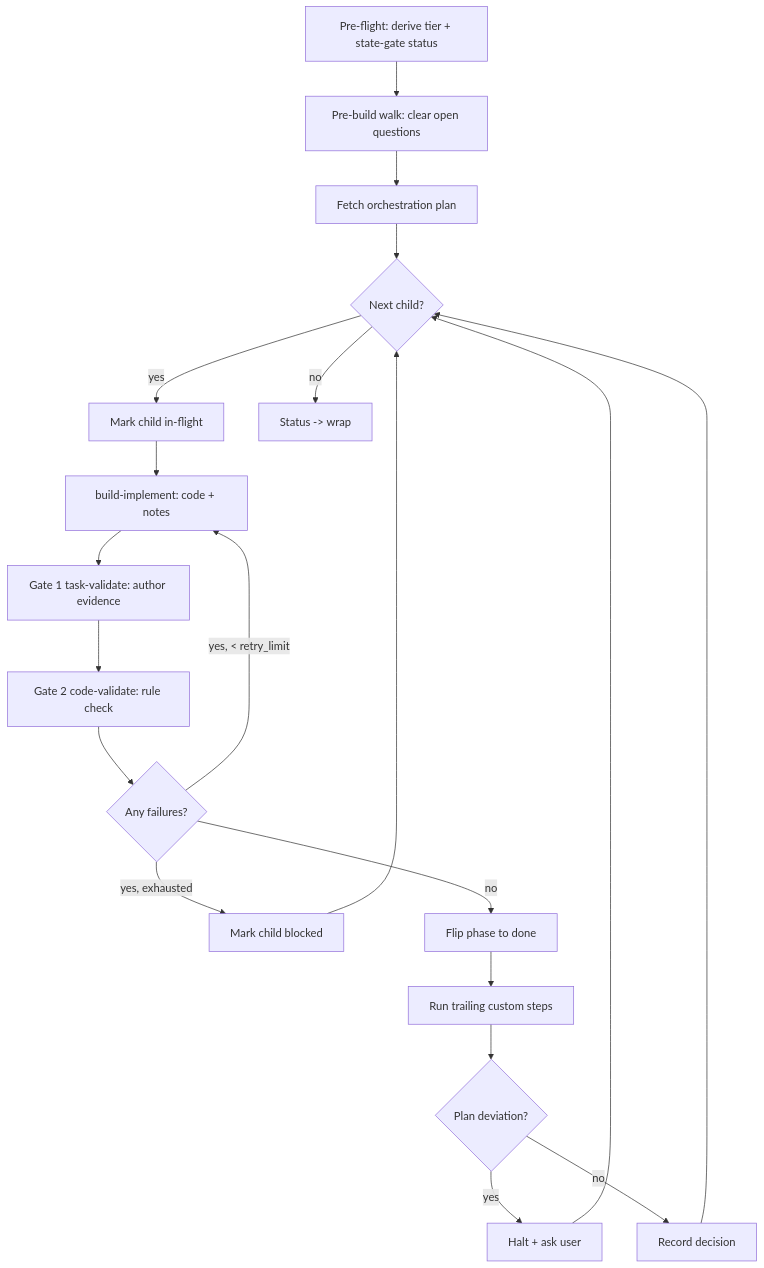
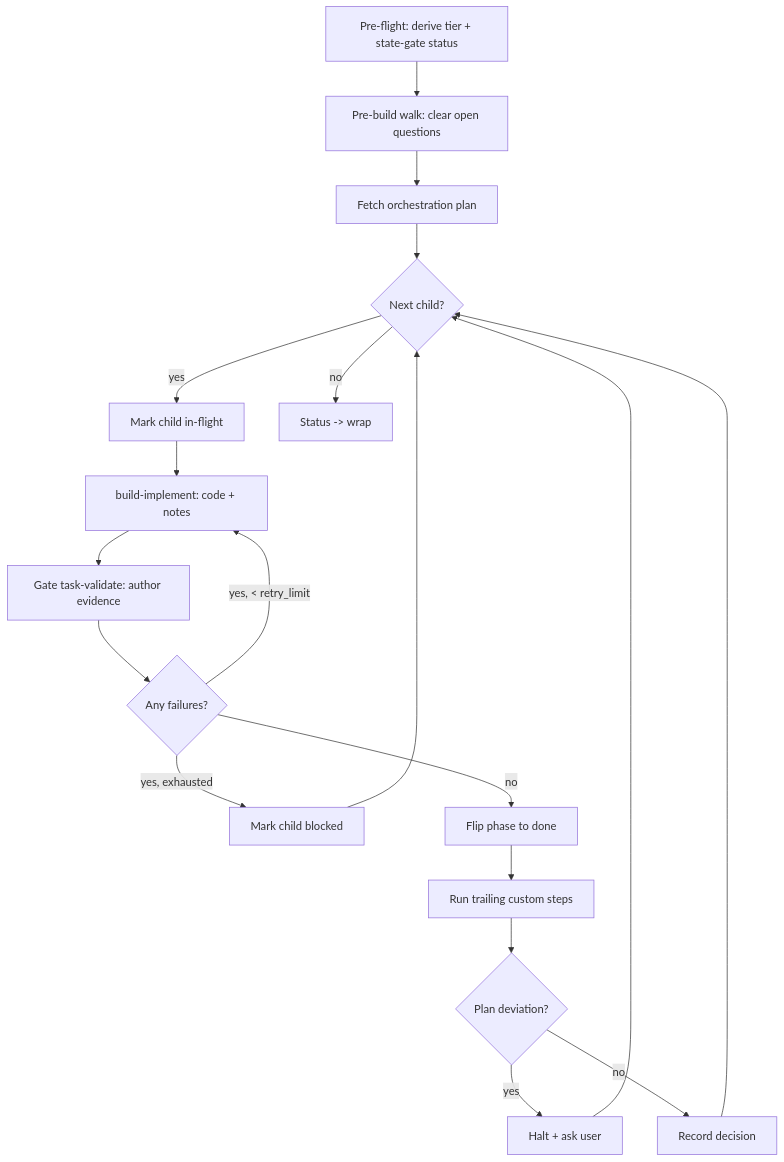
Before and after one commit to chafoo/anchored: the diagram in docs/stages/build.md, drawn with Mermaid. The commit also changed other lines of this file and 10 other files, not shown here.

````diff
--- a/docs/stages/build.md
+++ b/docs/stages/build.md
@@ -7,22 +7,21 @@
 ```mermaid
 flowchart TD
   pre[Pre-flight: derive tier + state-gate status] --> walk[Pre-build walk: clear open questions]
   walk --> plan[Fetch orchestration plan]
   plan --> next{Next child?}
   next -->|yes| flight[Mark child in-flight]
   flight --> impl[build-implement: code + notes]
-  impl --> g1[Gate 1 task-validate: author evidence]
-  g1 --> g2[Gate 2 code-validate: rule check]
-  g2 --> redo{Any failures?}
+  impl --> g1[Gate task-validate: author evidence]
+  g1 --> redo{Any failures?}
   redo -->|yes, < retry_limit| impl
   redo -->|yes, exhausted| blocked[Mark child blocked]
   redo -->|no| done[Flip phase to done]
   done --> custom[Run trailing custom steps]
   custom --> stopc{Plan deviation?}
   stopc -->|yes| escalate[Halt + ask user]
   stopc -->|no| record[Record decision]
   blocked --> next
   escalate --> next
   record --> next
   next -->|no| wrap[Status -> wrap]
 ```
````
